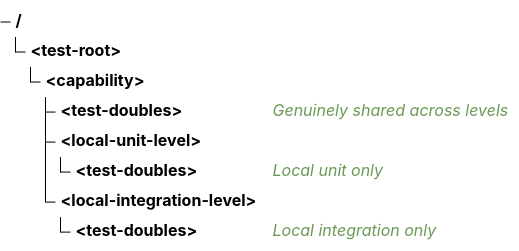
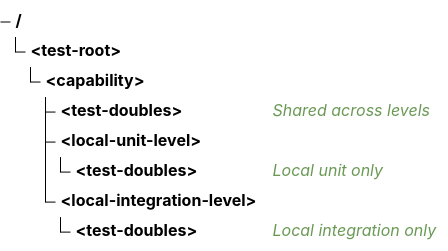
One commit to fam-tung-lam/ptlam-agent-plugin changed the first of 2 diagrams in skills/ptlam-code-style-kotlin/skills/ptlam-code-style/references/test-doubles.md. Above: the diagram before and after it, drawn with Mermaid. The commit also changed other lines of this file and 1734 other files, not shown here.

````diff
--- a/skills/ptlam-code-style-kotlin/skills/ptlam-code-style/references/test-doubles.md
+++ b/skills/ptlam-code-style-kotlin/skills/ptlam-code-style/references/test-doubles.md
@@ -55,10 +52,10 @@
 ```mermaid
 treeView-beta
     <test-root>/
         <capability>/
-            <test-doubles>/ ## Genuinely shared across levels
+            <test-doubles>/ ## Shared across levels
             <local-unit-level>/
                 <test-doubles>/ ## Local unit only
             <local-integration-level>/
                 <test-doubles>/ ## Local integration only
 ```
````
